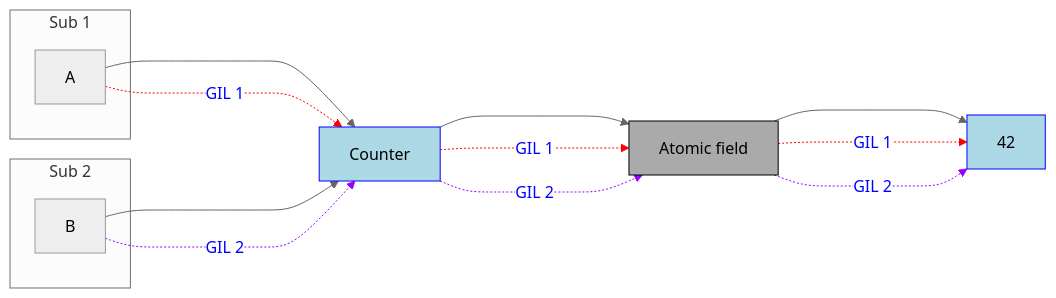
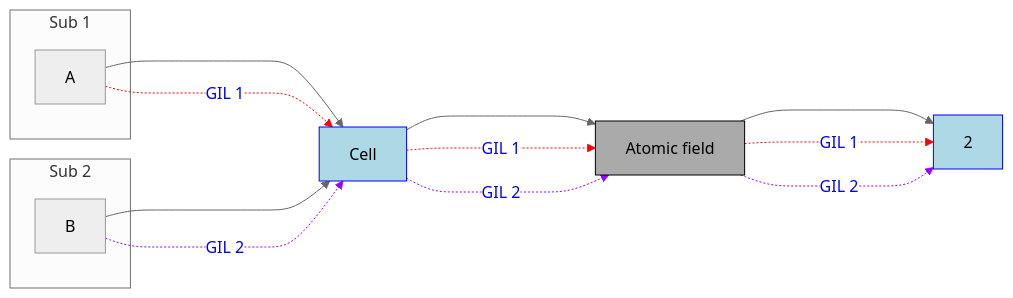
One commit to TobiasWrigstad/peps changed the sixth of 8 diagrams in pep795.md. Above: the diagram before and after it, drawn with Mermaid (neutral theme). The commit also changed other lines of this file, not shown here.

````diff
--- a/pep795.md
+++ b/pep795.md
@@ -435,30 +453,30 @@
 ```mermaid
 graph LR
   subgraph Sub 1
     A[A]
   end
 
   subgraph Sub 2
     B[B]
   end
 
-  C[Counter]:::imm
+  C[Cell]:::imm
   D[Atomic field]:::fake_imm
-  E[42]:::imm
+  E[2]:::imm
 
   A ----> C
   B ----> C
   C ----> D
   D ----> E
   A -. GIL 1 .-> C
   C -. GIL 1 .-> D
   D -. GIL 1 .-> E
   B -. GIL 2 .-> C
   C -. GIL 2 .-> D
   D -. GIL 2 .-> E
 
   classDef imm fill:#ADD8E6,stroke:#00f,stroke-width:1px;
   classDef fake_imm fill:#aaa,stroke:#000,stroke-width:1px;
   linkStyle 4,5,6 stroke:#f00,stroke-width:1px,color:blue;
   linkStyle 7,8,9 stroke:#90f,stroke-width:1px,color:blue;
 ```
````
